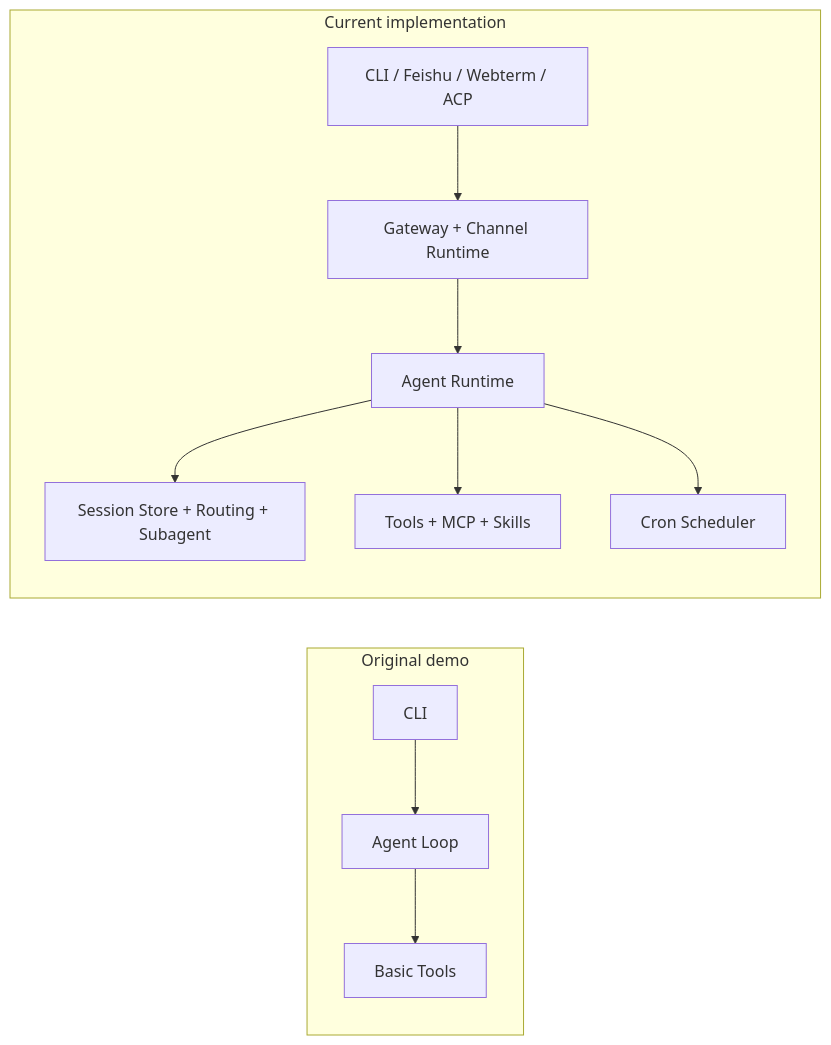
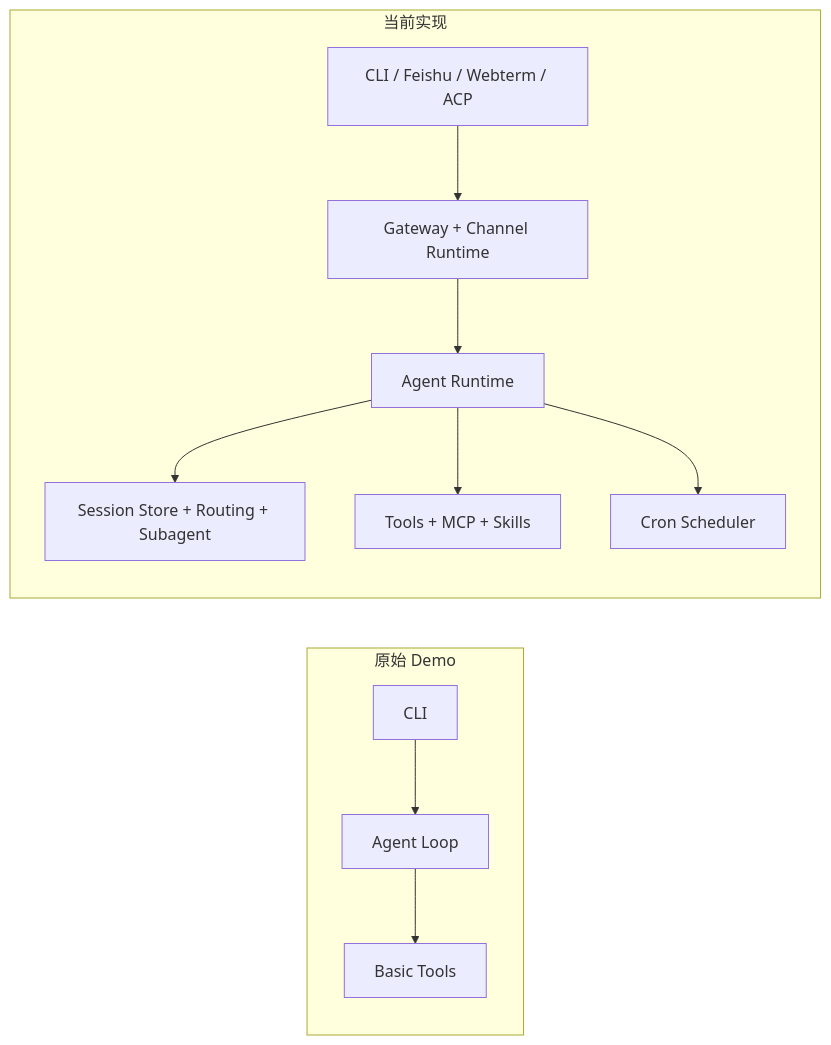
Before and after one commit to kongxiaoran/grape-agent: the diagram in README.md, drawn with Mermaid. The commit also changed other lines of this file and 2 other files, not shown here.

````diff
--- a/README.md
+++ b/README.md
@@ -27,14 +27,14 @@
 ```mermaid
 flowchart LR
-  subgraph Old["Original demo"]
+  subgraph Old["原始 Demo"]
     o1["CLI"] --> o2["Agent Loop"] --> o3["Basic Tools"]
   end
 
-  subgraph New["Current implementation"]
+  subgraph New["当前实现"]
     n1["CLI / Feishu / Webterm / ACP"] --> n2["Gateway + Channel Runtime"]
     n2 --> n3["Agent Runtime"]
     n3 --> n4["Session Store + Routing + Subagent"]
     n3 --> n5["Tools + MCP + Skills"]
     n3 --> n6["Cron Scheduler"]
   end
 ```
````
